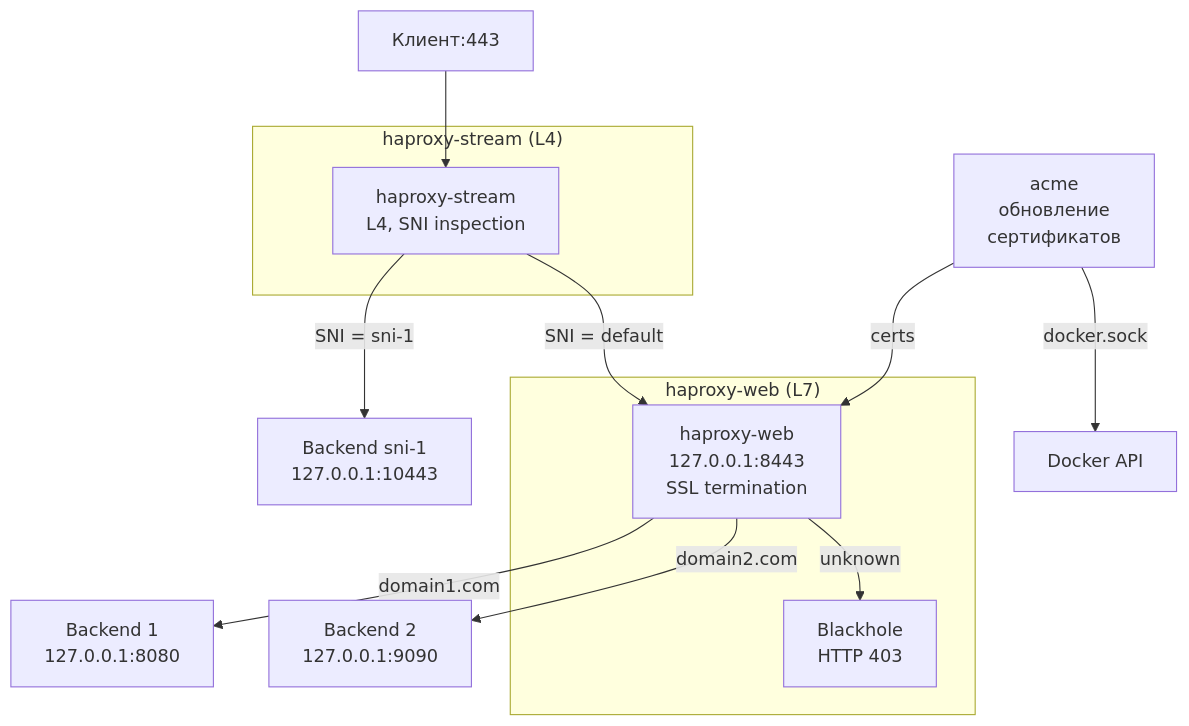
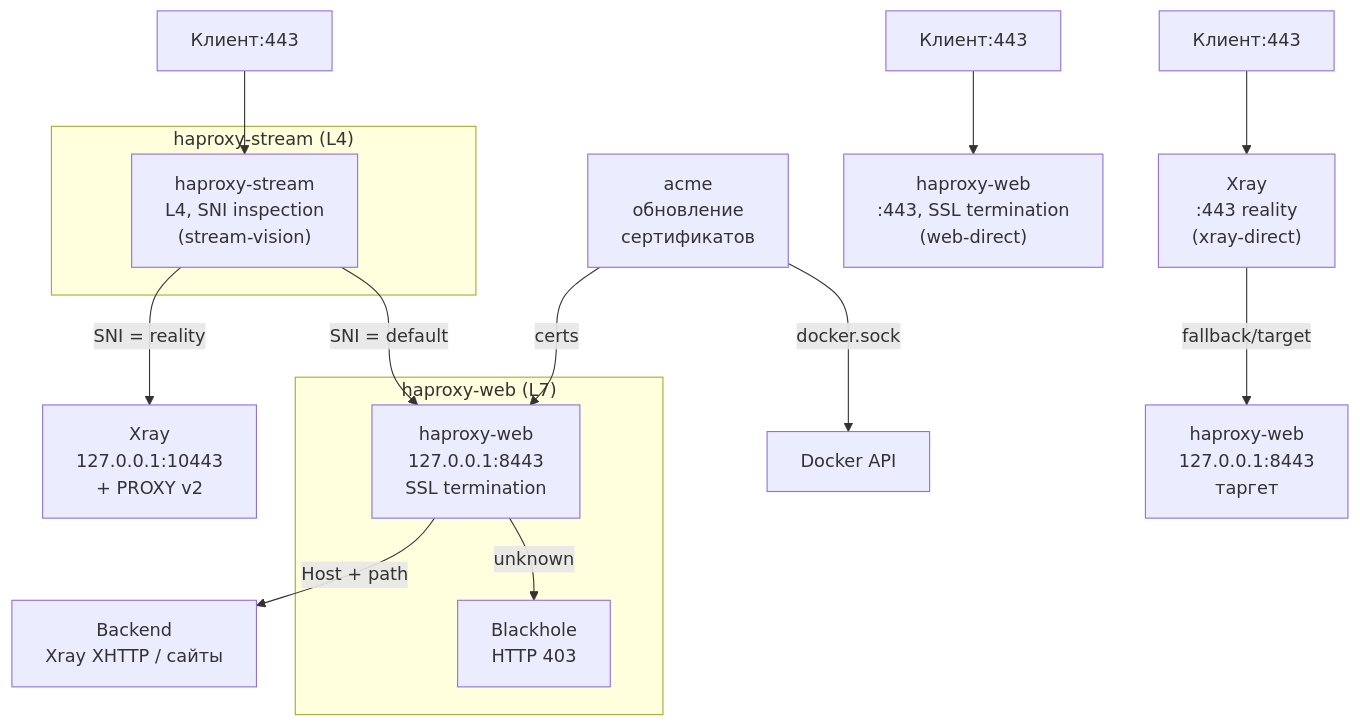
One commit to thegrayfoxxx/configs changed the diagram in haproxy/README.md. Above: the diagram before and after it, drawn with Mermaid. The commit also changed other lines of this file and 23 other files, not shown here.

````diff
--- a/haproxy/README.md
+++ b/haproxy/README.md
@@ -39,23 +41,25 @@
 ```mermaid
 flowchart TB
-    CLIENT["Клиент:443"] --> STREAM["haproxy-stream<br/>L4, SNI inspection"]
+    CLIENT["Клиент:443"] --> STREAM["haproxy-stream<br/>L4, SNI inspection<br/>(stream-vision)"]
+    CLIENT2["Клиент:443"] --> WEBD["haproxy-web<br/>:443, SSL termination<br/>(web-direct)"]
+    CLIENT3["Клиент:443"] --> XRAY["Xray<br/>:443 reality<br/>(xray-direct)"]
 
-    STREAM -->|SNI = sni-1| BK1["Backend sni-1<br/>127.0.0.1:10443"]
+    STREAM -->|SNI = reality| BK1["Xray<br/>127.0.0.1:10443<br/>+ PROXY v2"]
     STREAM -->|SNI = default| WEB["haproxy-web<br/>127.0.0.1:8443<br/>SSL termination"]
+    XRAY -->|fallback/target| WEBT["haproxy-web<br/>127.0.0.1:8443<br/>таргет"]
 
-    WEB -->|domain1.com| BE1["Backend 1<br/>127.0.0.1:8080"]
-    WEB -->|domain2.com| BE2["Backend 2<br/>127.0.0.1:9090"]
+    WEB -->|Host + path| BE1["Backend<br/>Xray XHTTP / сайты"]
     WEB -->|unknown| BLACKHOLE["Blackhole<br/>HTTP 403"]
 
     ACME["acme<br/>обновление<br/>сертификатов"] -->|certs| WEB
     ACME -->|docker.sock| DOCKER["Docker API"]
 
     subgraph "haproxy-stream (L4)"
         STREAM
     end
 
     subgraph "haproxy-web (L7)"
         WEB
         BLACKHOLE
     end
 ```
````
